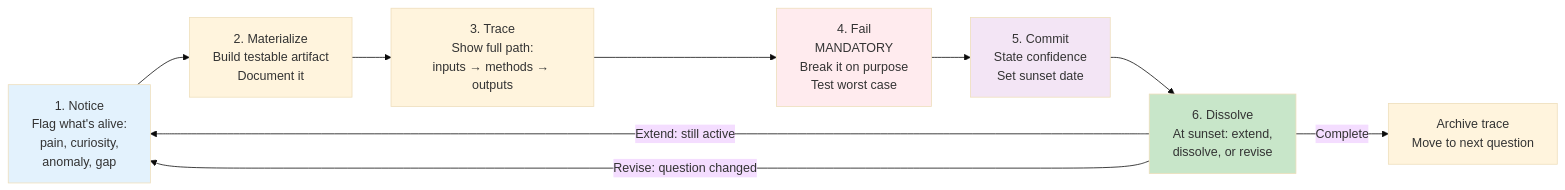
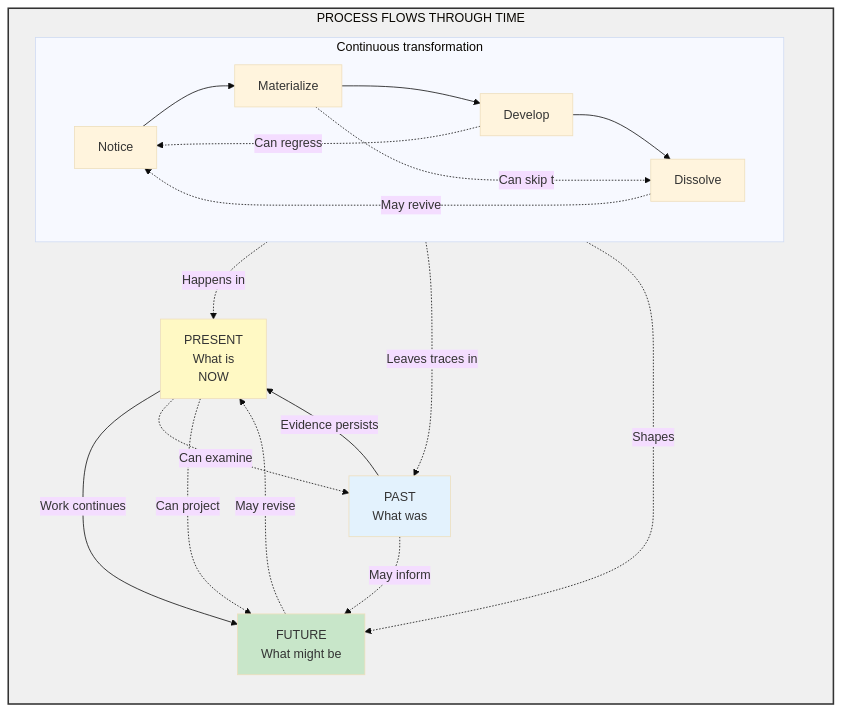
One commit to NoEndsNoGains/living-research-protocol changed the sixth of 6 diagrams in LRP_Visual_Guide.md. Above: the diagram before and after it, drawn with Mermaid (base theme). The commit also changed other lines of this file, not shown here.

````diff
--- a/LRP_Visual_Guide.md
+++ b/LRP_Visual_Guide.md
@@ -207,21 +295,35 @@
 ```mermaid
 graph LR
-    Notice[1. Notice<br/>Flag what's alive:<br/>pain, curiosity,<br/>anomaly, gap] --> Materialize[2. Materialize<br/>Build testable artifact<br/>Document it]
+    subgraph Time[PROCESS FLOWS THROUGH TIME]
+        Past[PAST<br/>What was]
+        Present[PRESENT<br/>What is<br/>NOW]
+        Future[FUTURE<br/>What might be]
+        
+        Past -->|Evidence persists| Present
+        Present -->|Work continues| Future
+        
+        Present -.Can examine.-> Past
+        Present -.Can project.-> Future
+        
+        Future -.May revise.-> Present
+        Past -.May inform.-> Future
+        
+        subgraph Flow[Continuous transformation]
+            Notice[Notice] --> Material[Materialize]
+            Material --> Dev[Develop]
+            Dev --> Dissolve[Dissolve]
+            Dissolve -.May revive.-> Notice
+            Dev -.Can regress.-> Notice
+            Material -.Can skip to.-> Dissolve
+        end
+        
+        Flow -.Happens in.-> Present
+        Flow -.Leaves traces in.-> Past
+        Flow -.Shapes.-> Future
+    end
     
-    Materialize --> Trace[3. Trace<br/>Show full path:<br/>inputs → methods → outputs]
-    
-    Trace --> Fail[4. Fail<br/>MANDATORY<br/>Break it on purpose<br/>Test worst case]
-    
-    Fail --> Commit[5. Commit<br/>State confidence<br/>Set sunset date]
-    
-    Commit --> Dissolve[6. Dissolve<br/>At sunset: extend,<br/>dissolve, or revise]
-    
-    Dissolve -->|Extend: still active| Notice
-    Dissolve -->|Revise: question changed| Notice
-    Dissolve -->|Complete| Archive[Archive trace<br/>Move to next question]
-    
-    style Notice fill:#e3f2fd
-    style Fail fill:#ffebee
-    style Commit fill:#f3e5f5
-    style Dissolve fill:#c8e6c9
+    style Present fill:#fff9c4
+    style Past fill:#e3f2fd
+    style Future fill:#c8e6c9
+    style Time fill:#f0f0f0,stroke:#333,stroke-width:2px
 ```
````
